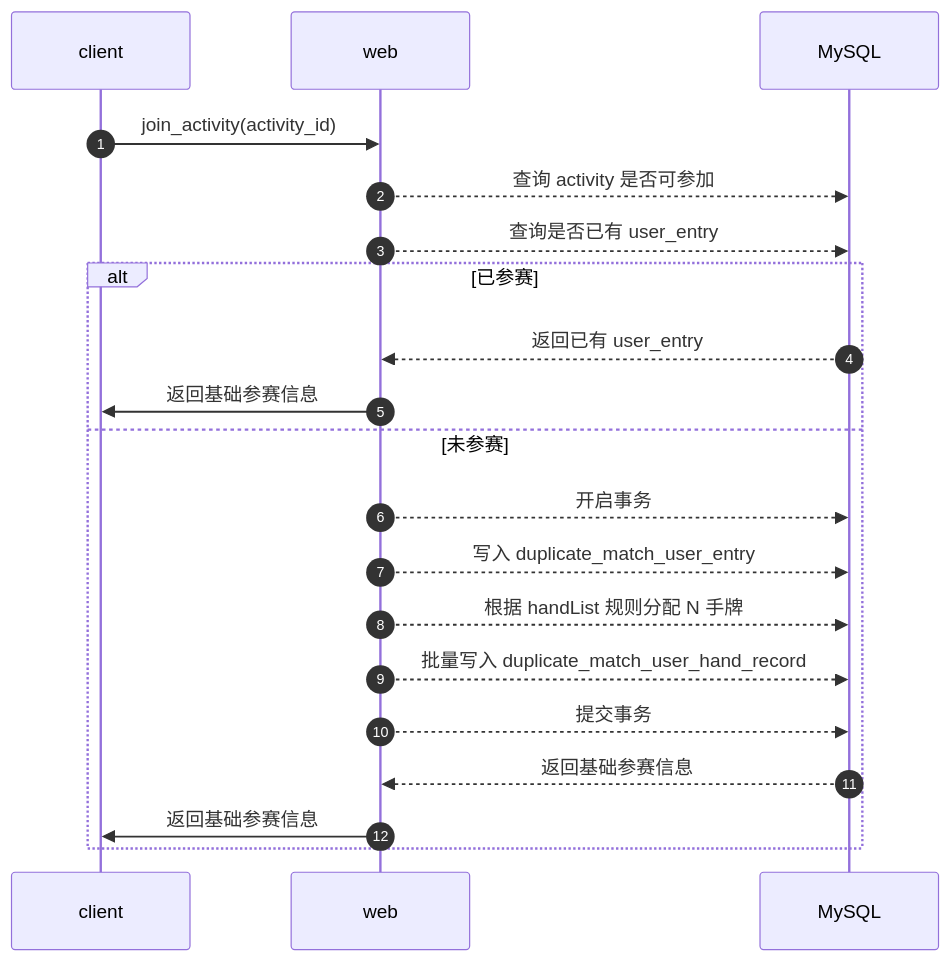
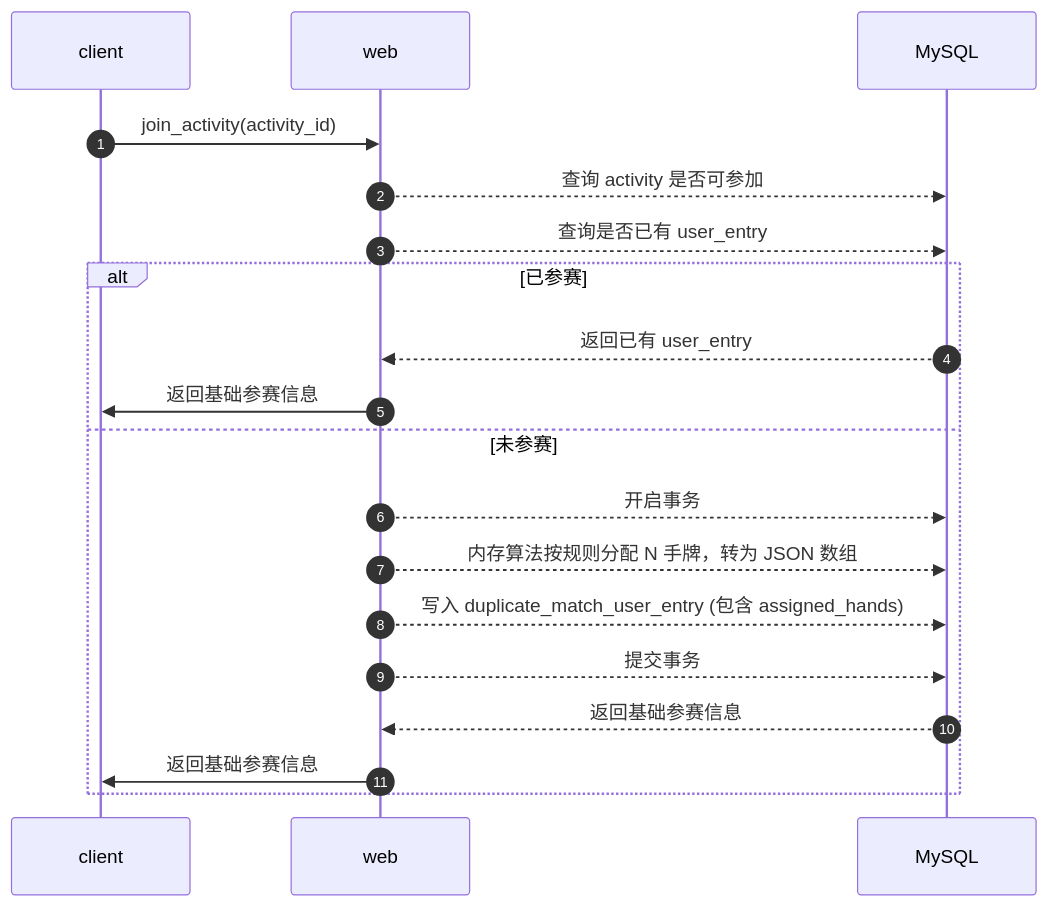
One commit to zdl20251023-pixel/agent-frame changed the fourth of 8 diagrams in docs/复述扑克/评审02/11-设计文档.md. Above: the diagram before and after it, drawn with Mermaid. The commit also changed other lines of this file, not shown here.

````diff
--- a/docs/复述扑克/评审02/11-设计文档.md
+++ b/docs/复述扑克/评审02/11-设计文档.md
@@ -408,24 +428,23 @@
 ```mermaid
 sequenceDiagram
     autonumber
     participant client
     participant web
     participant MySQL
 
     client->>web: join_activity(activity_id)
     web-->>MySQL: 查询 activity 是否可参加
     web-->>MySQL: 查询是否已有 user_entry
 
     alt 已参赛
         MySQL-->>web: 返回已有 user_entry
         web->>client: 返回基础参赛信息
     else 未参赛
         web-->>MySQL: 开启事务
-        web-->>MySQL: 写入 duplicate_match_user_entry
-        web-->>MySQL: 根据 handList 规则分配 N 手牌
-        web-->>MySQL: 批量写入 duplicate_match_user_hand_record
+        web-->>MySQL: 内存算法按规则分配 N 手牌，转为 JSON 数组
+        web-->>MySQL: 写入 duplicate_match_user_entry (包含 assigned_hands)
         web-->>MySQL: 提交事务
         MySQL-->>web: 返回基础参赛信息
         web->>client: 返回基础参赛信息
     end
 ```
````
